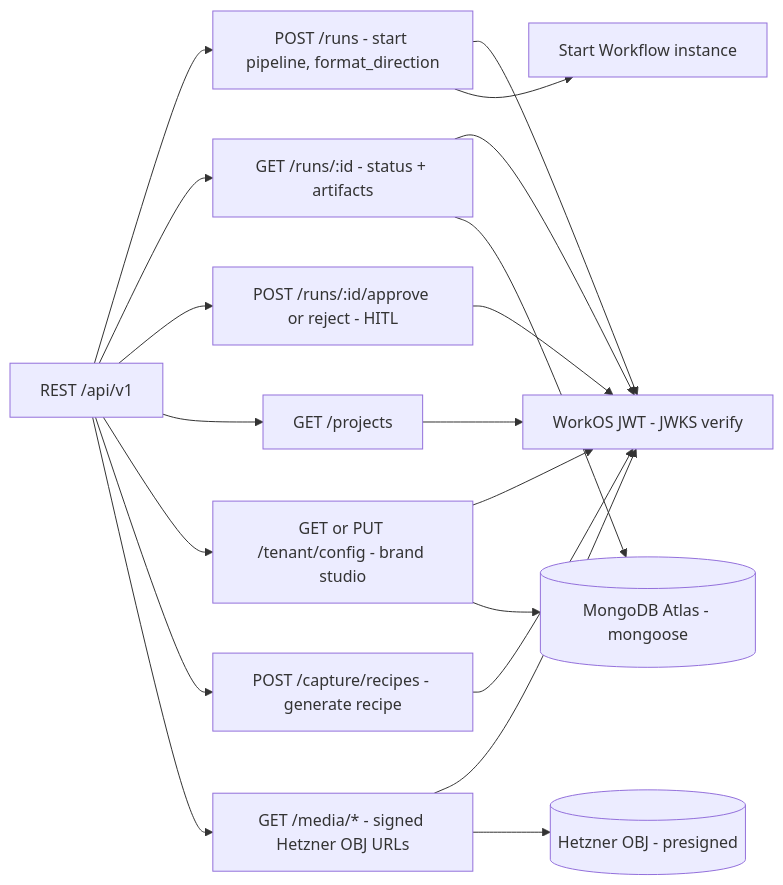
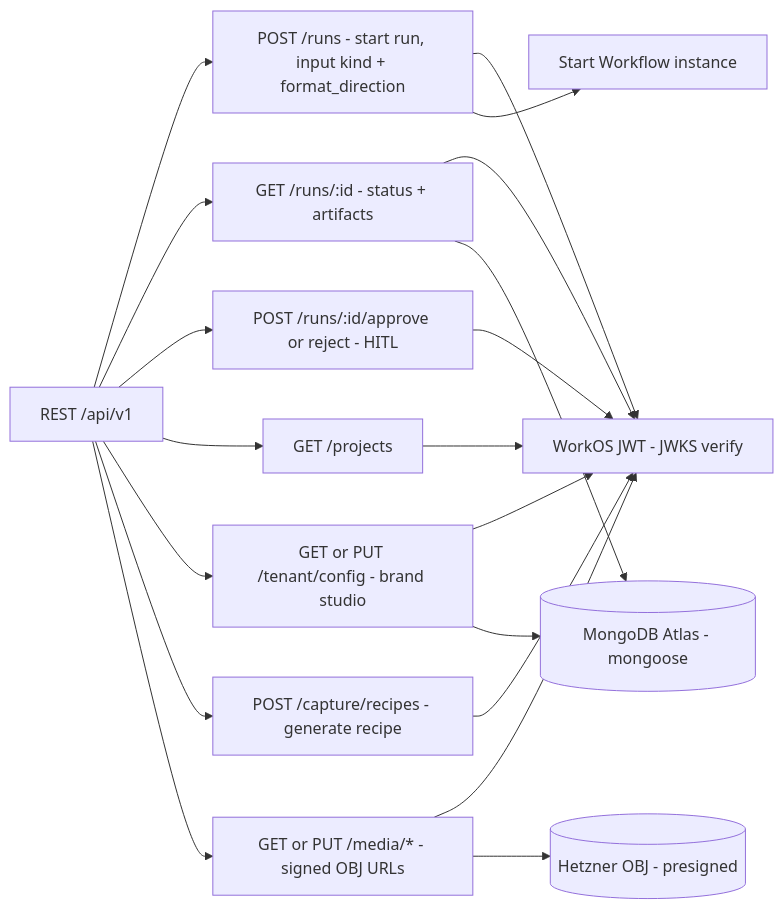
One commit to noah-sheldon/contentforge changed the second of 8 diagrams in docs/lld.md. Above: the diagram before and after it, drawn with Mermaid. The commit also changed other lines of this file and 3 other files, not shown here.

First line of the commit message:
docs(plan,arch): all four input modes are first-class run types

````diff
--- a/docs/lld.md
+++ b/docs/lld.md
@@ -51,14 +51,14 @@
 ```mermaid
 flowchart LR
-    R[REST /api/v1] --> E1[POST /runs - start pipeline, format_direction]
+    R[REST /api/v1] --> E1[POST /runs - start run, input kind + format_direction]
     R --> E2[GET /runs/:id - status + artifacts]
     R --> E3[POST /runs/:id/approve or reject - HITL]
     R --> E4[GET /projects]
     R --> E5[GET or PUT /tenant/config - brand studio]
     R --> E6[POST /capture/recipes - generate recipe]
-    R --> E7[GET /media/* - signed Hetzner OBJ URLs]
+    R --> E7[GET or PUT /media/* - signed OBJ URLs]
     E1 & E2 & E3 & E4 & E5 & E6 & E7 --> JWT[WorkOS JWT - JWKS verify]
     E1 --> WF[Start Workflow instance]
     E2 & E5 --> M[(MongoDB Atlas - mongoose)]
     E7 --> O[(Hetzner OBJ - presigned)]
 ```
````
